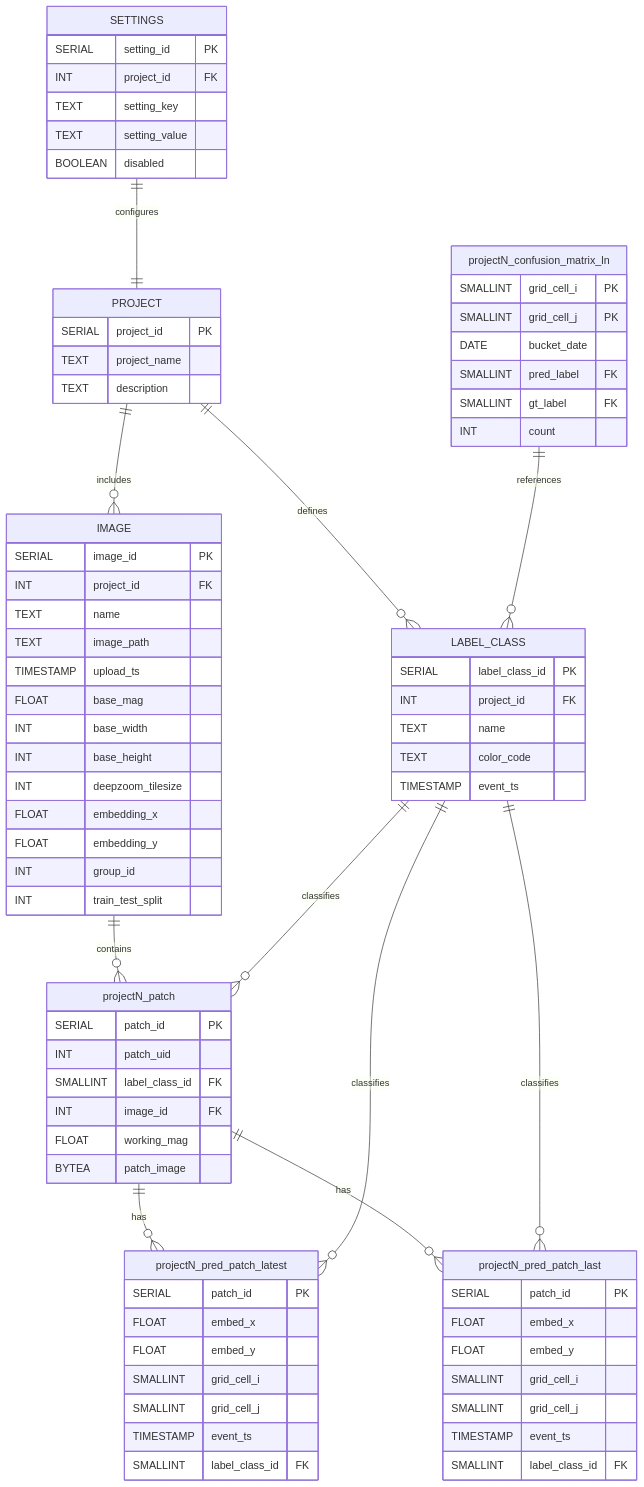
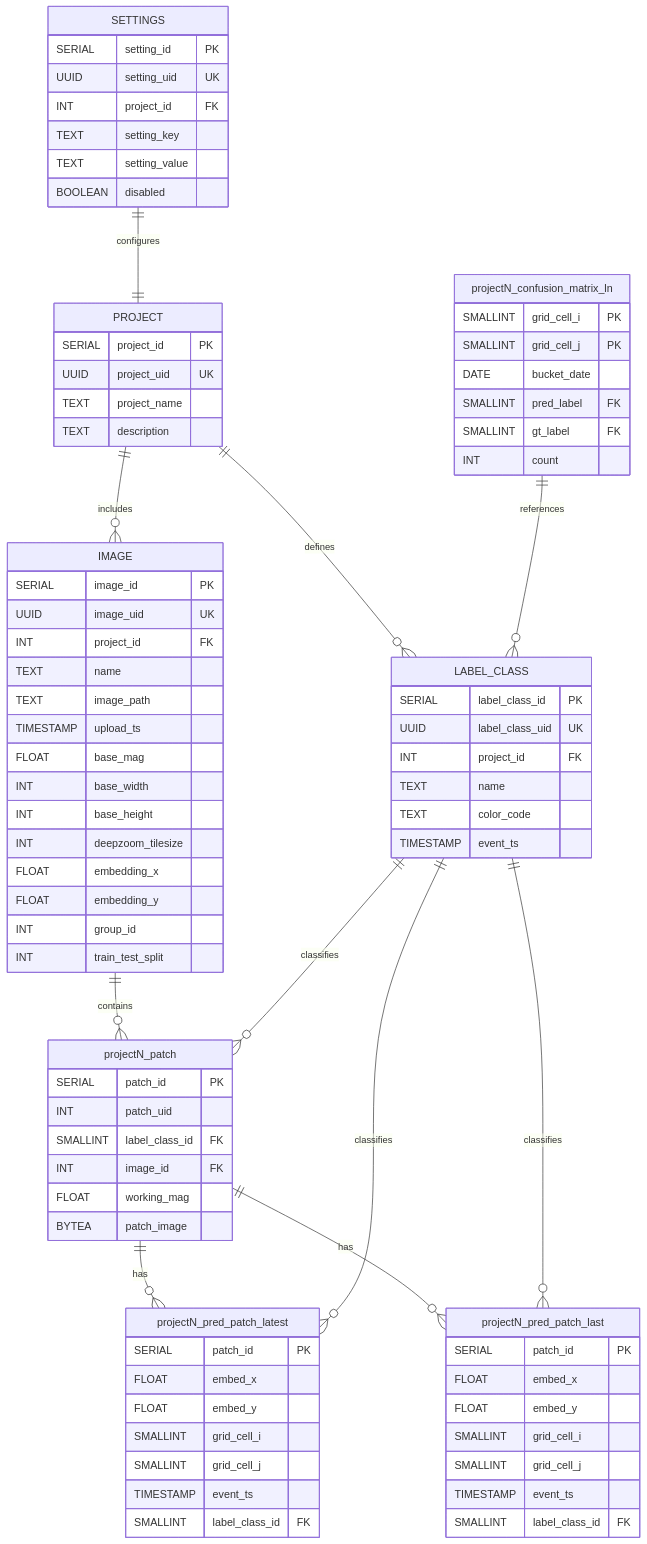
Before and after one commit to choosehappy/PatchSorter: the diagram in docs/source/design_material_draft2/db_technical_design.md, drawn with Mermaid. The commit also changed other lines of this file, not shown here.

Commit message:
add unique ids to table schema

```diff
--- a/docs/source/design_material_draft2/db_technical_design.md
+++ b/docs/source/design_material_draft2/db_technical_design.md
@@ -136,6 +140,7 @@
 erDiagram
     SETTINGS {
         SERIAL setting_id PK
+        UUID setting_uid UK
         INT project_id FK
         TEXT setting_key
         TEXT setting_value
@@ -143,11 +148,13 @@
     }
     PROJECT {
         SERIAL project_id PK
+        UUID project_uid UK
         TEXT project_name
         TEXT description
     }
     IMAGE {
         SERIAL image_id PK
+        UUID image_uid UK
         INT project_id FK
         TEXT name
         TEXT image_path
@@ -163,6 +170,7 @@
     }
     LABEL_CLASS {
         SERIAL label_class_id PK
+        UUID label_class_uid UK
         INT project_id FK
         TEXT name
         TEXT color_code
```
